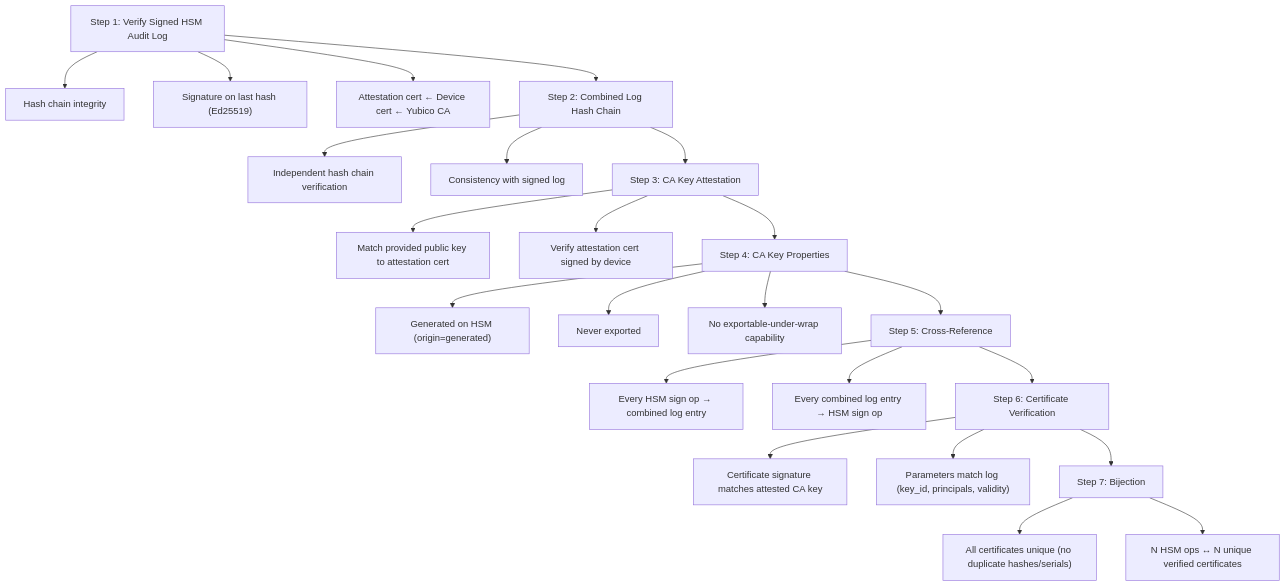
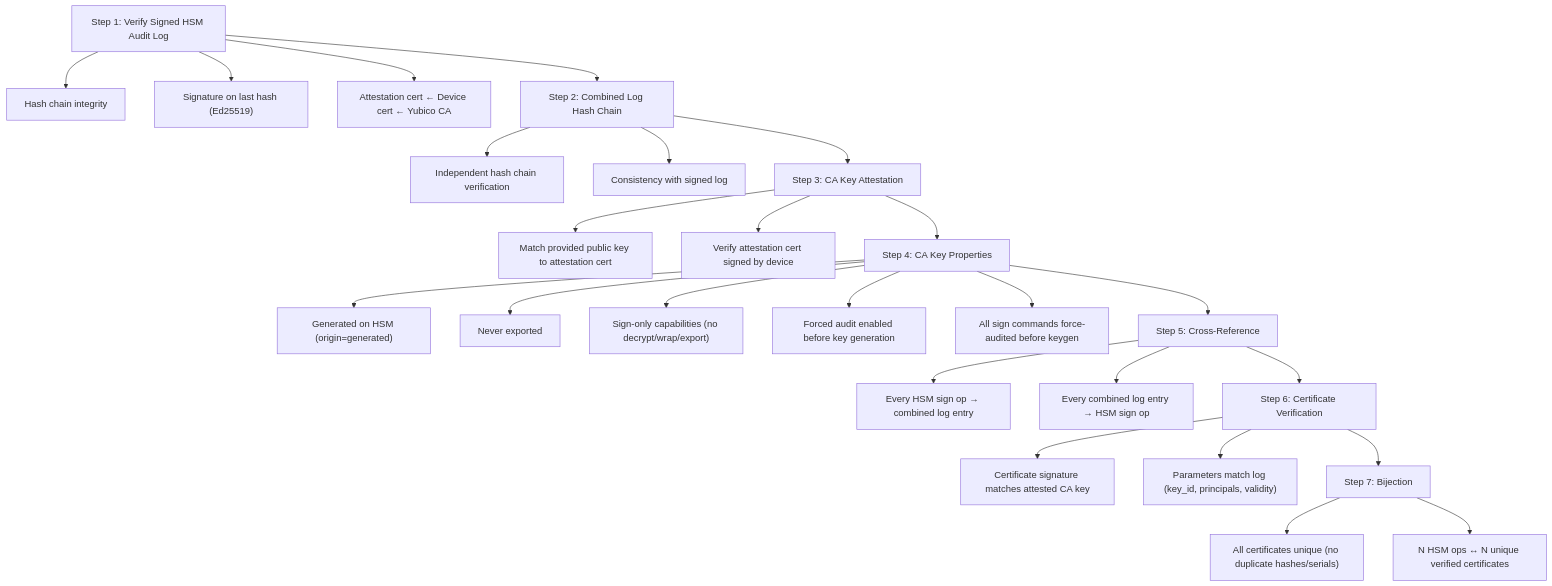
One commit to blechschmidt/secsy-pki changed the third of 4 diagrams in README.md. Above: the diagram before and after it, drawn with Mermaid. The commit also changed other lines of this file, not shown here.

First line of the commit message:
Update README diagrams with sign-only caps and audit-before-keygen checks

````diff
--- a/README.md
+++ b/README.md
@@ -68,42 +68,44 @@
 ```mermaid
 graph TD
     S1["Step 1: Verify Signed HSM Audit Log"]
     S1a["Hash chain integrity"]
     S1b["Signature on last hash (Ed25519)"]
     S1c["Attestation cert ← Device cert ← Yubico CA"]
 
     S2["Step 2: Combined Log Hash Chain"]
     S2a["Independent hash chain verification"]
     S2b["Consistency with signed log"]
 
     S3["Step 3: CA Key Attestation"]
     S3a["Match provided public key to attestation cert"]
     S3b["Verify attestation cert signed by device"]
 
     S4["Step 4: CA Key Properties"]
     S4a["Generated on HSM (origin=generated)"]
     S4b["Never exported"]
-    S4c["No exportable-under-wrap capability"]
+    S4c["Sign-only capabilities (no decrypt/wrap/export)"]
+    S4d["Forced audit enabled before key generation"]
+    S4e["All sign commands force-audited before keygen"]
 
     S5["Step 5: Cross-Reference"]
     S5a["Every HSM sign op → combined log entry"]
     S5b["Every combined log entry → HSM sign op"]
 
     S6["Step 6: Certificate Verification"]
     S6a["Certificate signature matches attested CA key"]
     S6b["Parameters match log (key_id, principals, validity)"]
 
     S7["Step 7: Bijection"]
     S7a["All certificates unique (no duplicate hashes/serials)"]
     S7b["N HSM ops ↔ N unique verified certificates"]
 
     S1 --> S1a & S1b & S1c
     S2 --> S2a & S2b
     S3 --> S3a & S3b
-    S4 --> S4a & S4b & S4c
+    S4 --> S4a & S4b & S4c & S4d & S4e
     S5 --> S5a & S5b
     S6 --> S6a & S6b
     S7 --> S7a & S7b
 
     S1 --> S2 --> S3 --> S4 --> S5 --> S6 --> S7
 ```
````
